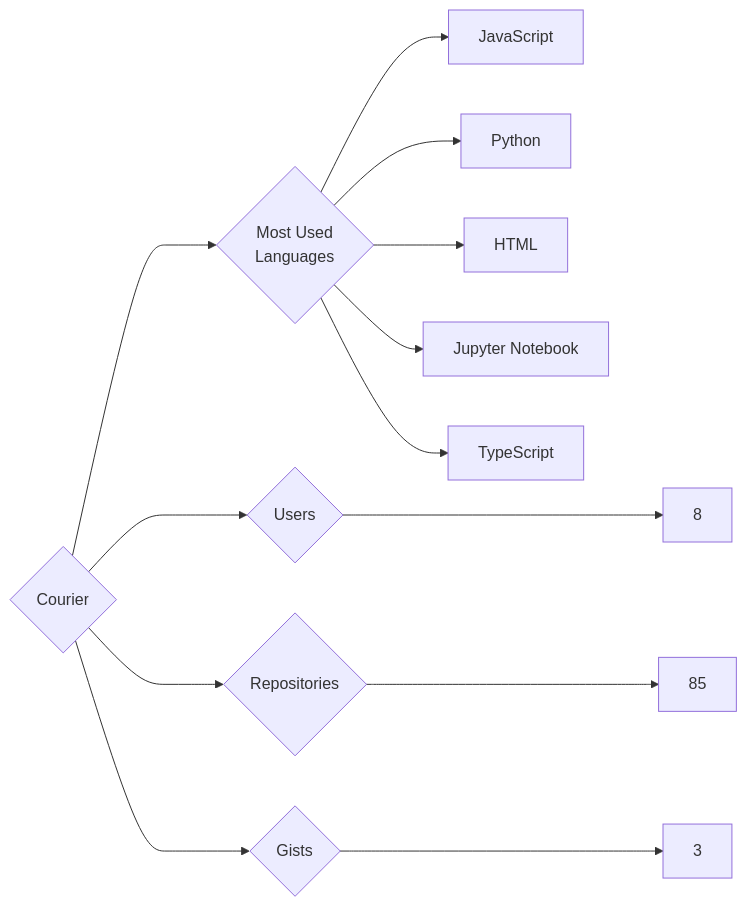
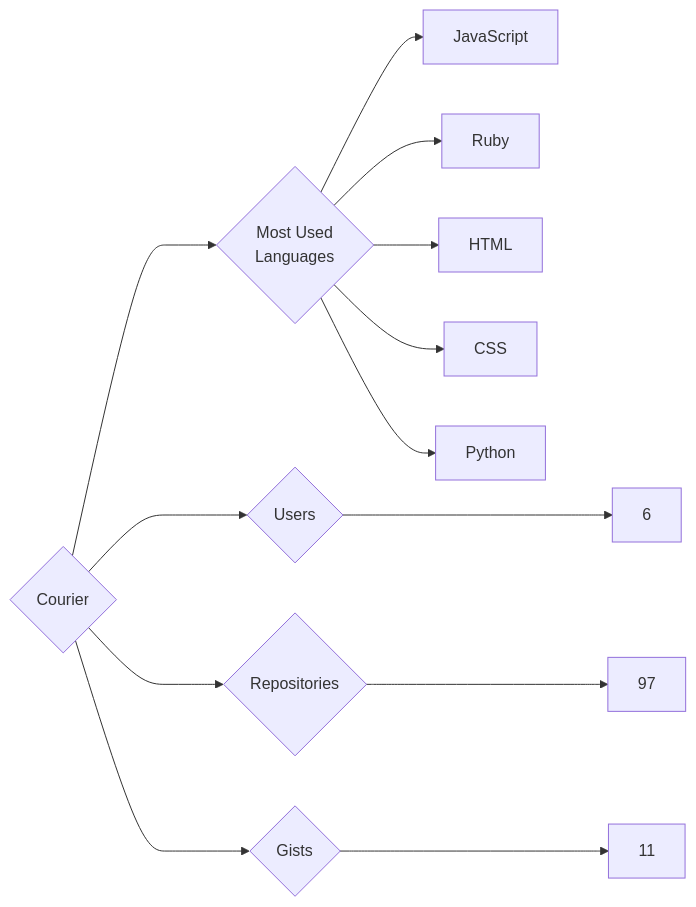
One commit to trickest/insiders changed the diagram in targets/Courier/README.md. Above: the diagram before and after it, drawn with Mermaid. The commit also changed 749 other files, not shown here.

````diff
--- a/targets/Courier/README.md
+++ b/targets/Courier/README.md
@@ -3,13 +3,13 @@
 ```mermaid
 graph LR
 COMPANY_NAME{Courier}
-COMPANY_NAME ---> U{Users} ---> UN[8]
-COMPANY_NAME ---> R{Repositories} ---> RN[85]
-COMPANY_NAME ---> G{Gists} ---> GN[3]
+COMPANY_NAME ---> U{Users} ---> UN[6]
+COMPANY_NAME ---> R{Repositories} ---> RN[97]
+COMPANY_NAME ---> G{Gists} ---> GN[11]
 COMPANY_NAME ---> ML{Most Used<br>Languages}
 ML --> JavaScript[JavaScript]
+ML --> Ruby[Ruby]
+ML --> HTML[HTML]
+ML --> CSS[CSS]
 ML --> Python[Python]
-ML --> HTML[HTML]
-ML --> Jupyter_Notebook[Jupyter Notebook]
-ML --> TypeScript[TypeScript]
 ```
````
